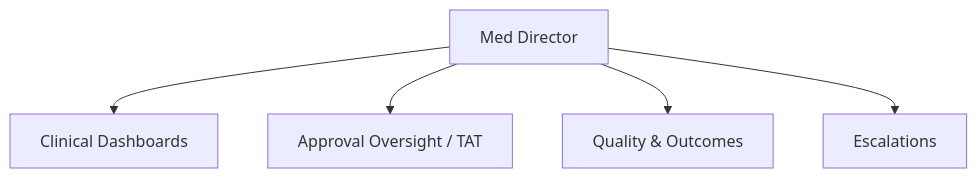
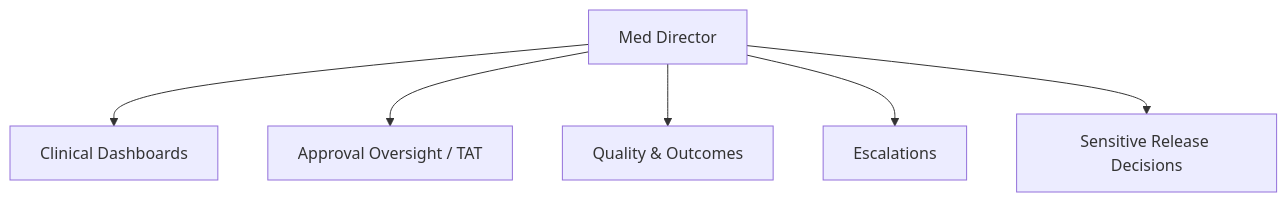
Diagram 11 of 12 in HBMP-Design/14-navigation-structure.md (MohabFikry/HBMP), drawn with Mermaid before and after one commit. The commit also changed other lines of this file and 19 other files, not shown here.

````diff
--- a/HBMP-Design/14-navigation-structure.md
+++ b/HBMP-Design/14-navigation-structure.md
@@ -147,7 +172,8 @@
 ```mermaid
 flowchart TD
     M[Med Director] --> M1[Clinical Dashboards]
     M --> M2[Approval Oversight / TAT]
     M --> M3[Quality & Outcomes]
     M --> M4[Escalations]
+    M --> M5[Sensitive Release Decisions]
 ```
````
